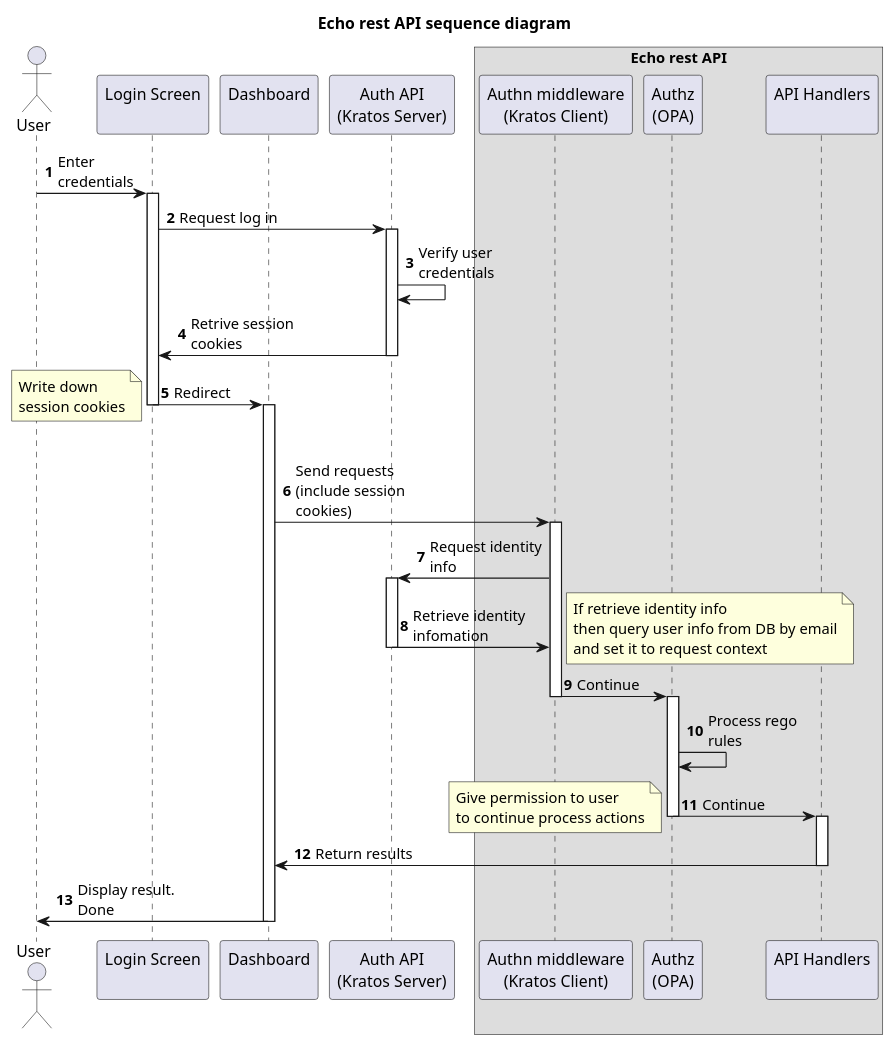
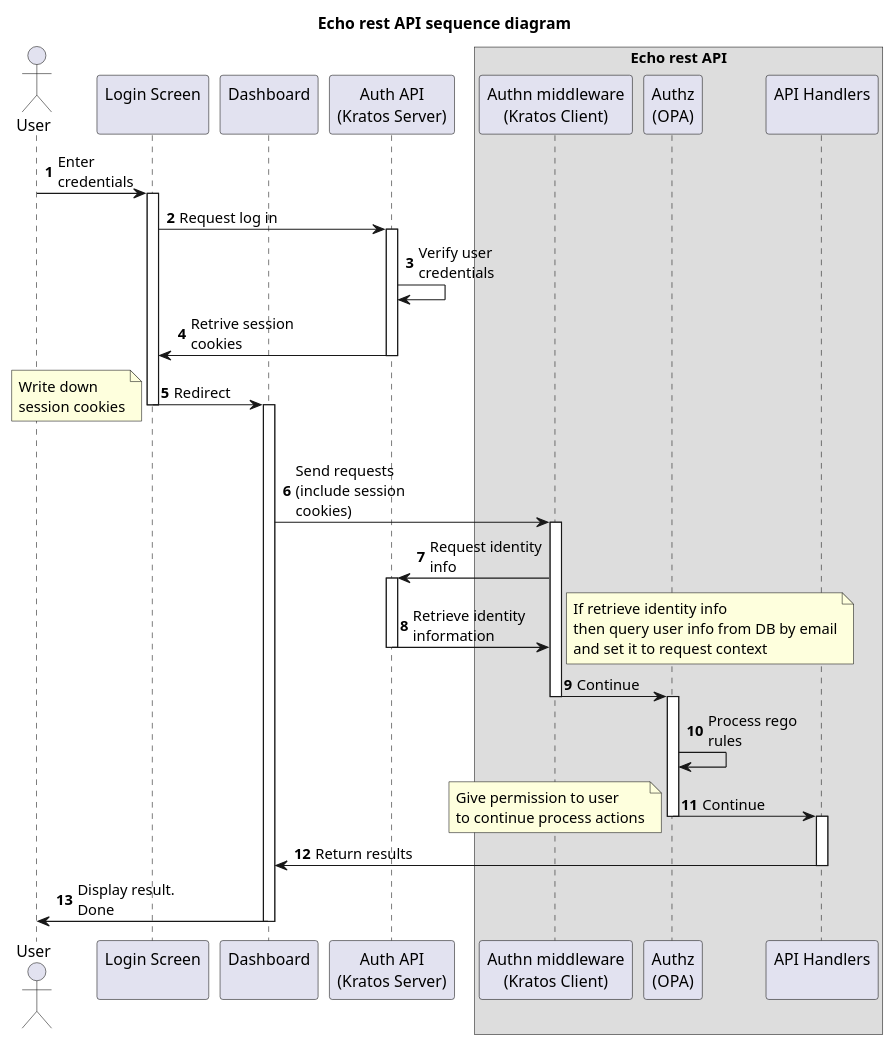
The diagram in docs/diagrams/overview.puml (dzungtran/echo-rest-api), drawn with PlantUML before and after one commit. The commit also changed 1 other file, not shown here.

```diff
--- a/docs/diagrams/overview.puml
+++ b/docs/diagrams/overview.puml
@@ -1,52 +1,52 @@
 @startuml request_flow
 title Echo rest API sequence diagram
 
 autonumber
 skinparam maxMessageSize 100
 
 actor "User" as user
 participant "Login Screen\n" as login_scr
 participant "Dashboard\n" as dashboard
 participant "Auth API\n(Kratos Server)" as authn_api
 
 box "Echo rest API"
 participant "Authn middleware\n(Kratos Client)" as authn_midd
 participant "Authz\n(OPA)" as authz_opa
 participant "API Handlers\n" as api_handlers
 end box
 
 user -> login_scr : Enter credentials
 activate login_scr
 login_scr -> authn_api : Request log in
 activate authn_api
 authn_api -> authn_api : Verify user credentials
 authn_api -> login_scr : Retrive session cookies
 deactivate authn_api
 login_scr -> dashboard : Redirect
 note left: Write down \nsession cookies
 deactivate login_scr
 activate dashboard
 
 |||
 dashboard -> authn_midd: Send requests (include session cookies)
 activate authn_midd
 authn_midd -> authn_api: Request identity info
 activate authn_api
-authn_api -> authn_midd: Retrieve identity infomation
+authn_api -> authn_midd: Retrieve identity information
 deactivate authn_api
 note right: If retrieve identity info \nthen query user info from DB by email\nand set it to request context
 authn_midd -> authz_opa: Continue
 deactivate authn_midd
 activate authz_opa
 authz_opa -> authz_opa: Process rego rules
 authz_opa -> api_handlers: Continue
 note left: Give permission to user\nto continue process actions 
 deactivate authz_opa
 activate api_handlers
 
 api_handlers -> dashboard : Return results
 deactivate api_handlers
 dashboard -> user : Display result. Done
 deactivate dashboard
 
 @enduml
```
